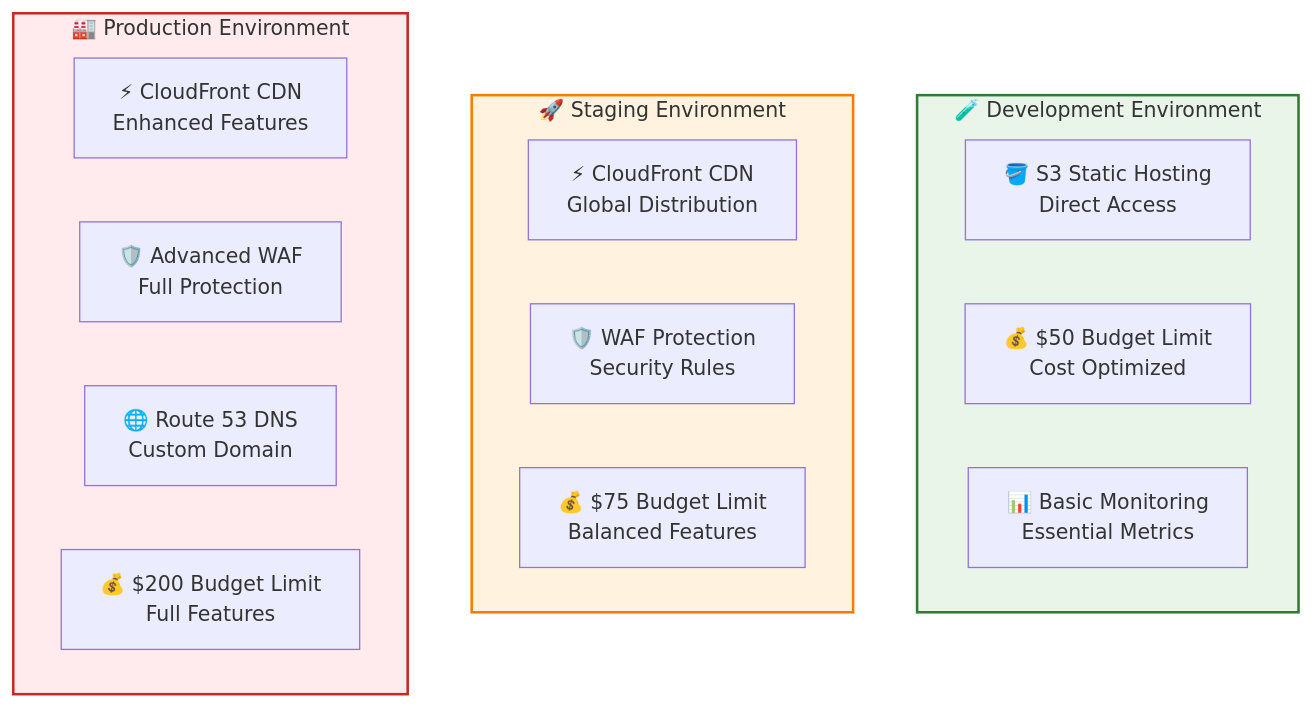
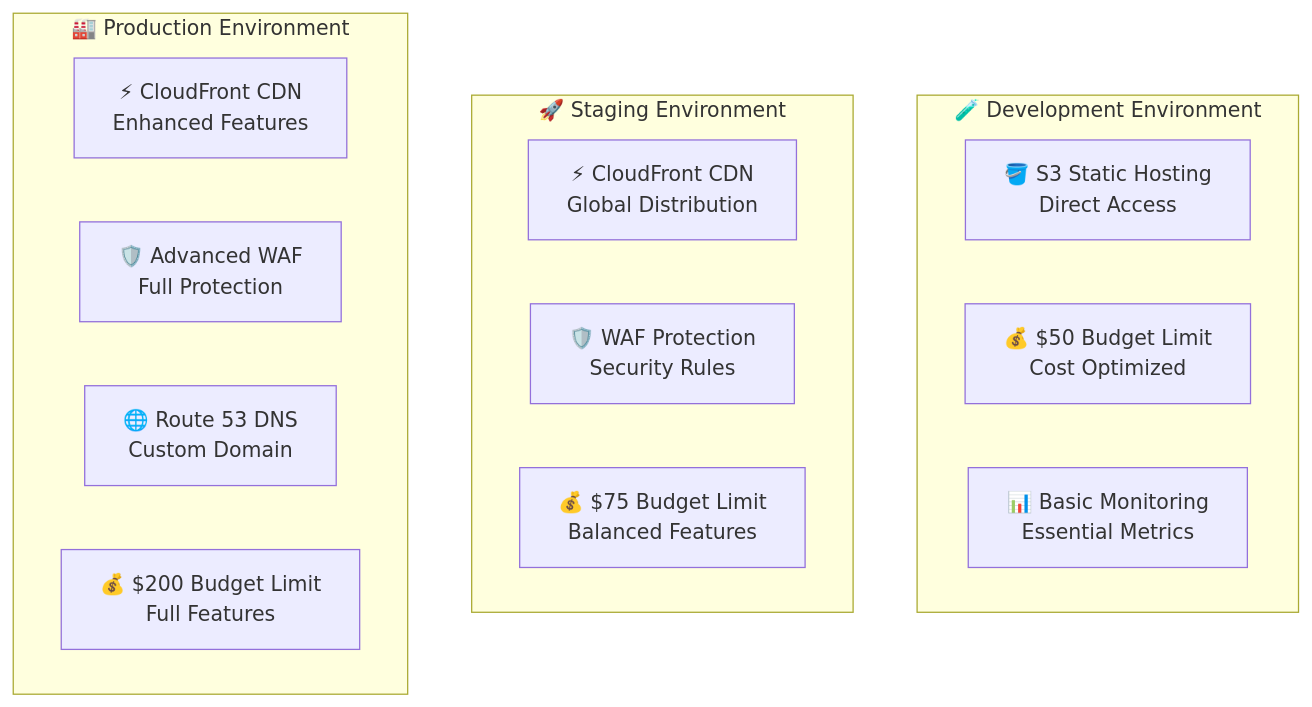
One commit to Celtikill/static-site changed the second of 6 diagrams in docs/deployment.md. Above: the diagram before and after it, drawn with Mermaid. The commit also changed other lines of this file and 5 other files, not shown here.

````diff
--- a/docs/deployment.md
+++ b/docs/deployment.md
@@ -39,29 +33,23 @@
 ```mermaid
 graph TD
     subgraph Dev["🧪 Development Environment"]
         DevS3["🪣 S3 Static Hosting<br/>Direct Access"]
         DevBudget["💰 $50 Budget Limit<br/>Cost Optimized"]
         DevMonitor["📊 Basic Monitoring<br/>Essential Metrics"]
     end
 
     subgraph Staging["🚀 Staging Environment"]
         StagingCF["⚡ CloudFront CDN<br/>Global Distribution"]
         StagingWAF["🛡️ WAF Protection<br/>Security Rules"]
         StagingBudget["💰 $75 Budget Limit<br/>Balanced Features"]
     end
 
     subgraph Prod["🏭 Production Environment"]
         ProdCF["⚡ CloudFront CDN<br/>Enhanced Features"]
         ProdWAF["🛡️ Advanced WAF<br/>Full Protection"]
         ProdRoute53["🌐 Route 53 DNS<br/>Custom Domain"]
         ProdBudget["💰 $200 Budget Limit<br/>Full Features"]
     end
 
-    classDef devStyle fill:#e8f5e8,stroke:#2e7d32,stroke-width:2px
-    classDef stagingStyle fill:#fff3e0,stroke:#f57c00,stroke-width:2px
-    classDef prodStyle fill:#ffebee,stroke:#c62828,stroke-width:2px
 
-    class Dev devStyle
-    class Staging stagingStyle
-    class Prod prodStyle
 ```
````
